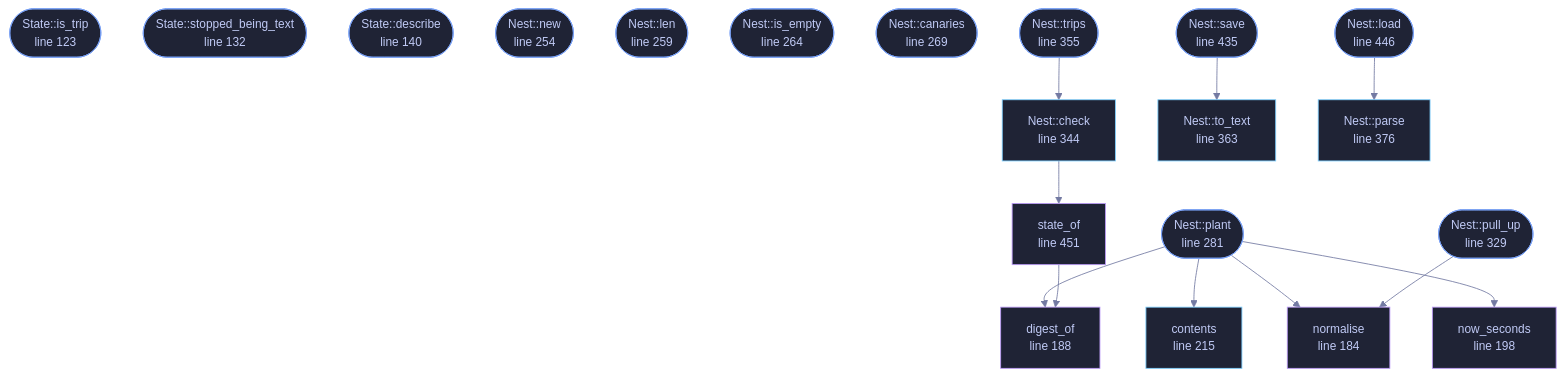
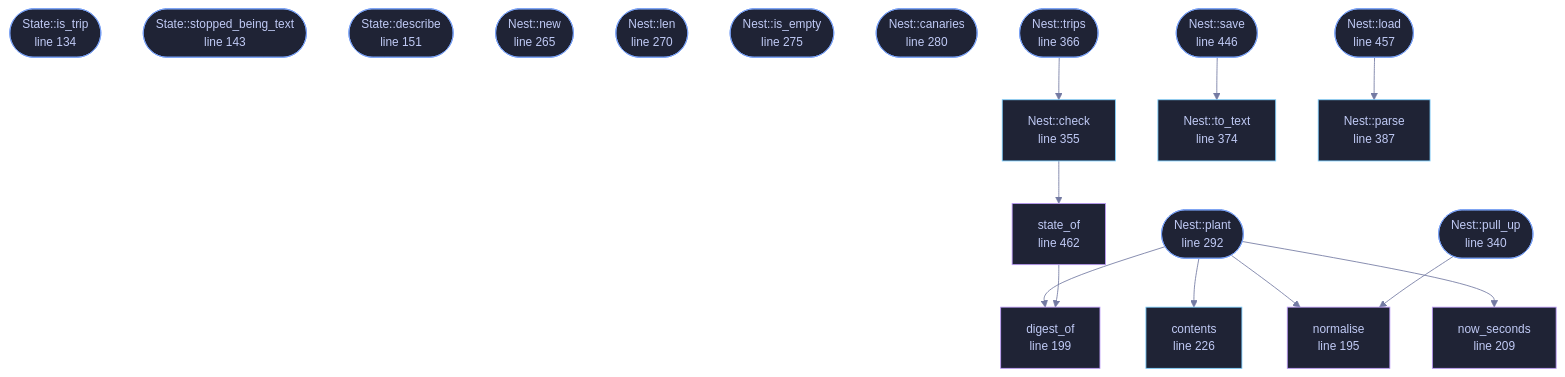
Before and after one commit to tilas01/veilvoice: the diagram in docs/files/veilvoice-sentry/canary.md, drawn with Mermaid. The commit also changed other lines of this file and 487 other files, not shown here.

````diff
--- a/docs/files/veilvoice-sentry/canary.md
+++ b/docs/files/veilvoice-sentry/canary.md
@@ -131,60 +143,60 @@
 ```mermaid
 %%{init: {"theme":"base","themeVariables":{"background":"#1a1b26","primaryColor":"#1f2335","primaryTextColor":"#c0caf5","primaryBorderColor":"#7aa2f7","secondaryColor":"#16161e","tertiaryColor":"#16161e","lineColor":"#737aa2","textColor":"#c0caf5","mainBkg":"#1f2335","nodeBorder":"#7aa2f7","clusterBkg":"#16161e","clusterBorder":"#2f3549","fontFamily":"ui-monospace, SFMono-Regular, Consolas, monospace","fontSize":"14px"}}}%%
 flowchart TD
-    n_is_trip(["State::is_trip<br/>line 123"])
-    n_stopped_being_text(["State::stopped_being_text<br/>line 132"])
-    n_describe(["State::describe<br/>line 140"])
-    n_normalise["normalise<br/>line 184"]
-    n_digest_of["digest_of<br/>line 188"]
-    n_now_seconds["now_seconds<br/>line 198"]
-    n_contents["contents<br/>line 215"]
-    n_new(["Nest::new<br/>line 254"])
-    n_len(["Nest::len<br/>line 259"])
-    n_is_empty(["Nest::is_empty<br/>line 264"])
-    n_canaries(["Nest::canaries<br/>line 269"])
-    n_plant(["Nest::plant<br/>line 281"])
-    n_pull_up(["Nest::pull_up<br/>line 329"])
-    n_check["Nest::check<br/>line 344"]
-    n_trips(["Nest::trips<br/>line 355"])
-    n_to_text["Nest::to_text<br/>line 363"]
-    n_parse["Nest::parse<br/>line 376"]
-    n_save(["Nest::save<br/>line 435"])
-    n_load(["Nest::load<br/>line 446"])
-    n_state_of["state_of<br/>line 451"]
+    n_is_trip(["State::is_trip<br/>line 134"])
+    n_stopped_being_text(["State::stopped_being_text<br/>line 143"])
+    n_describe(["State::describe<br/>line 151"])
+    n_normalise["normalise<br/>line 195"]
+    n_digest_of["digest_of<br/>line 199"]
+    n_now_seconds["now_seconds<br/>line 209"]
+    n_contents["contents<br/>line 226"]
+    n_new(["Nest::new<br/>line 265"])
+    n_len(["Nest::len<br/>line 270"])
+    n_is_empty(["Nest::is_empty<br/>line 275"])
+    n_canaries(["Nest::canaries<br/>line 280"])
+    n_plant(["Nest::plant<br/>line 292"])
+    n_pull_up(["Nest::pull_up<br/>line 340"])
+    n_check["Nest::check<br/>line 355"]
+    n_trips(["Nest::trips<br/>line 366"])
+    n_to_text["Nest::to_text<br/>line 374"]
+    n_parse["Nest::parse<br/>line 387"]
+    n_save(["Nest::save<br/>line 446"])
+    n_load(["Nest::load<br/>line 457"])
+    n_state_of["state_of<br/>line 462"]
     n_check --> n_state_of
     n_load --> n_parse
     n_plant --> n_contents
     n_plant --> n_digest_of
     n_plant --> n_normalise
     n_plant --> n_now_seconds
     n_pull_up --> n_normalise
     n_save --> n_to_text
     n_state_of --> n_digest_of
     n_trips --> n_check
-    click n_is_trip href "https://github.com/tilas01/veilvoice/blob/main/crates/veilvoice-sentry/src/canary.rs#L123" "open the source"
-    click n_stopped_being_text href "https://github.com/tilas01/veilvoice/blob/main/crates/veilvoice-sentry/src/canary.rs#L132" "open the source"
-    click n_describe href "https://github.com/tilas01/veilvoice/blob/main/crates/veilvoice-sentry/src/canary.rs#L140" "open the source"
-    click n_normalise href "https://github.com/tilas01/veilvoice/blob/main/crates/veilvoice-sentry/src/canary.rs#L184" "open the source"
-    click n_digest_of href "https://github.com/tilas01/veilvoice/blob/main/crates/veilvoice-sentry/src/canary.rs#L188" "open the source"
-    click n_now_seconds href "https://github.com/tilas01/veilvoice/blob/main/crates/veilvoice-sentry/src/canary.rs#L198" "open the source"
-    click n_contents href "https://github.com/tilas01/veilvoice/blob/main/crates/veilvoice-sentry/src/canary.rs#L215" "open the source"
-    click n_new href "https://github.com/tilas01/veilvoice/blob/main/crates/veilvoice-sentry/src/canary.rs#L254" "open the source"
-    click n_len href "https://github.com/tilas01/veilvoice/blob/main/crates/veilvoice-sentry/src/canary.rs#L259" "open the source"
-    click n_is_empty href "https://github.com/tilas01/veilvoice/blob/main/crates/veilvoice-sentry/src/canary.rs#L264" "open the source"
-    click n_canaries href "https://github.com/tilas01/veilvoice/blob/main/crates/veilvoice-sentry/src/canary.rs#L269" "open the source"
-    click n_plant href "https://github.com/tilas01/veilvoice/blob/main/crates/veilvoice-sentry/src/canary.rs#L281" "open the source"
-    click n_pull_up href "https://github.com/tilas01/veilvoice/blob/main/crates/veilvoice-sentry/src/canary.rs#L329" "open the source"
-    click n_check href "https://github.com/tilas01/veilvoice/blob/main/crates/veilvoice-sentry/src/canary.rs#L344" "open the source"
-    click n_trips href "https://github.com/tilas01/veilvoice/blob/main/crates/veilvoice-sentry/src/canary.rs#L355" "open the source"
-    click n_to_text href "https://github.com/tilas01/veilvoice/blob/main/crates/veilvoice-sentry/src/canary.rs#L363" "open the source"
-    click n_parse href "https://github.com/tilas01/veilvoice/blob/main/crates/veilvoice-sentry/src/canary.rs#L376" "open the source"
-    click n_save href "https://github.com/tilas01/veilvoice/blob/main/crates/veilvoice-sentry/src/canary.rs#L435" "open the source"
-    click n_load href "https://github.com/tilas01/veilvoice/blob/main/crates/veilvoice-sentry/src/canary.rs#L446" "open the source"
-    click n_state_of href "https://github.com/tilas01/veilvoice/blob/main/crates/veilvoice-sentry/src/canary.rs#L451" "open the source"
+    click n_is_trip href "https://github.com/tilas01/veilvoice/blob/main/crates/veilvoice-sentry/src/canary.rs#L134" "open the source"
+    click n_stopped_being_text href "https://github.com/tilas01/veilvoice/blob/main/crates/veilvoice-sentry/src/canary.rs#L143" "open the source"
+    click n_describe href "https://github.com/tilas01/veilvoice/blob/main/crates/veilvoice-sentry/src/canary.rs#L151" "open the source"
+    click n_normalise href "https://github.com/tilas01/veilvoice/blob/main/crates/veilvoice-sentry/src/canary.rs#L195" "open the source"
+    click n_digest_of href "https://github.com/tilas01/veilvoice/blob/main/crates/veilvoice-sentry/src/canary.rs#L199" "open the source"
+    click n_now_seconds href "https://github.com/tilas01/veilvoice/blob/main/crates/veilvoice-sentry/src/canary.rs#L209" "open the source"
+    click n_contents href "https://github.com/tilas01/veilvoice/blob/main/crates/veilvoice-sentry/src/canary.rs#L226" "open the source"
+    click n_new href "https://github.com/tilas01/veilvoice/blob/main/crates/veilvoice-sentry/src/canary.rs#L265" "open the source"
+    click n_len href "https://github.com/tilas01/veilvoice/blob/main/crates/veilvoice-sentry/src/canary.rs#L270" "open the source"
+    click n_is_empty href "https://github.com/tilas01/veilvoice/blob/main/crates/veilvoice-sentry/src/canary.rs#L275" "open the source"
+    click n_canaries href "https://github.com/tilas01/veilvoice/blob/main/crates/veilvoice-sentry/src/canary.rs#L280" "open the source"
+    click n_plant href "https://github.com/tilas01/veilvoice/blob/main/crates/veilvoice-sentry/src/canary.rs#L292" "open the source"
+    click n_pull_up href "https://github.com/tilas01/veilvoice/blob/main/crates/veilvoice-sentry/src/canary.rs#L340" "open the source"
+    click n_check href "https://github.com/tilas01/veilvoice/blob/main/crates/veilvoice-sentry/src/canary.rs#L355" "open the source"
+    click n_trips href "https://github.com/tilas01/veilvoice/blob/main/crates/veilvoice-sentry/src/canary.rs#L366" "open the source"
+    click n_to_text href "https://github.com/tilas01/veilvoice/blob/main/crates/veilvoice-sentry/src/canary.rs#L374" "open the source"
+    click n_parse href "https://github.com/tilas01/veilvoice/blob/main/crates/veilvoice-sentry/src/canary.rs#L387" "open the source"
+    click n_save href "https://github.com/tilas01/veilvoice/blob/main/crates/veilvoice-sentry/src/canary.rs#L446" "open the source"
+    click n_load href "https://github.com/tilas01/veilvoice/blob/main/crates/veilvoice-sentry/src/canary.rs#L457" "open the source"
+    click n_state_of href "https://github.com/tilas01/veilvoice/blob/main/crates/veilvoice-sentry/src/canary.rs#L462" "open the source"
     classDef entry fill:#1f2335,stroke:#7aa2f7,color:#c0caf5
     class n_is_trip,n_stopped_being_text,n_describe,n_new,n_len,n_is_empty,n_canaries,n_plant,n_pull_up,n_trips,n_save,n_load entry
     classDef api fill:#1f2335,stroke:#7dcfff,color:#c0caf5
     class n_contents,n_check,n_to_text,n_parse api
     classDef helper fill:#1f2335,stroke:#bb9af7,color:#c0caf5
     class n_normalise,n_digest_of,n_now_seconds,n_state_of helper
 ```
````
